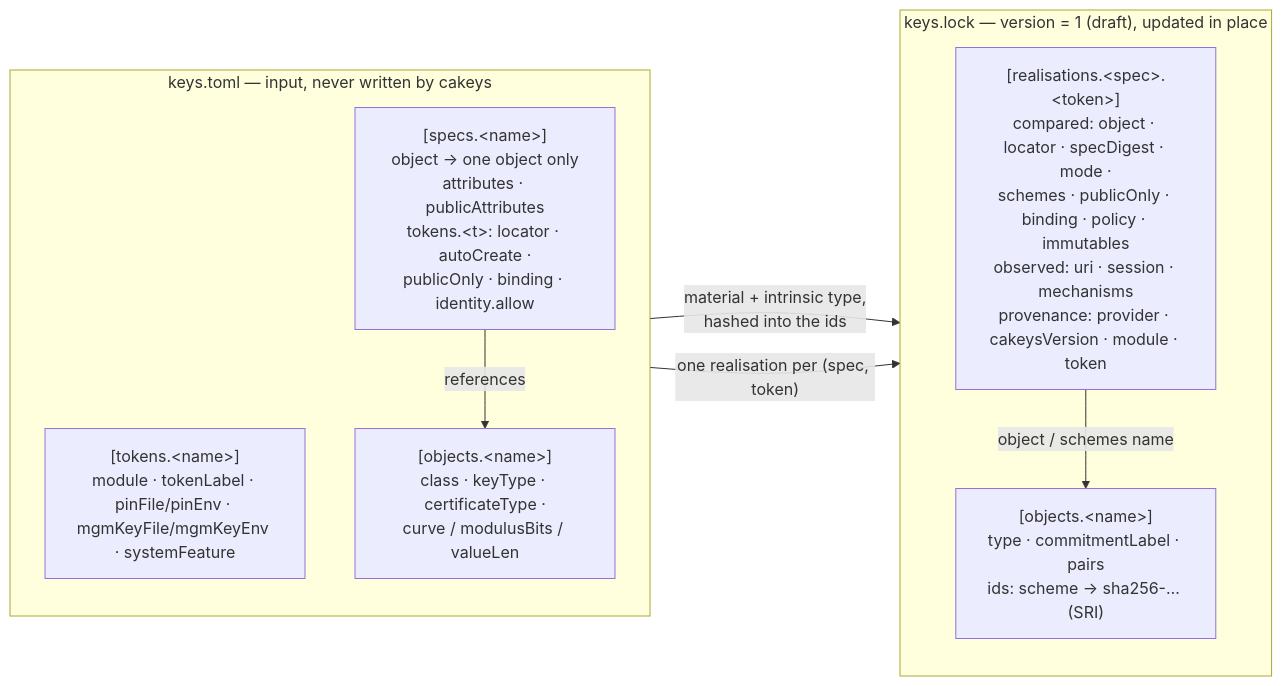
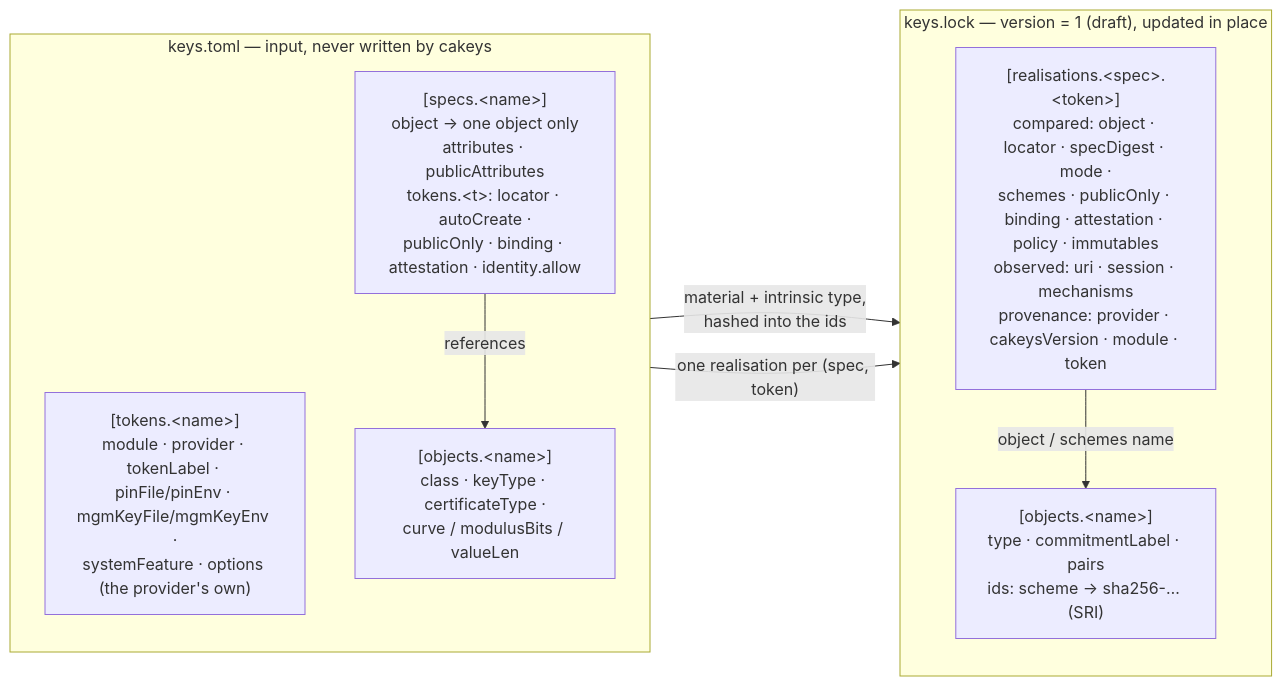
Before and after one commit to Princemachiavelli/cakeys: the first of 5 diagrams in docs/diagrams.md, drawn with Mermaid. The commit also changed other lines of this file and 5 other files, not shown here.

First line of the commit message:
docs: bring README, DESIGN, diagrams and PLAN up to date

````diff
--- a/docs/diagrams.md
+++ b/docs/diagrams.md
@@ -12,20 +12,20 @@
 ```mermaid
 flowchart LR
     subgraph TOML["keys.toml — input, never written by cakeys"]
         direction TB
-        T["[tokens.&lt;name&gt;]<br/>module · tokenLabel · pinFile/pinEnv · mgmKeyFile/mgmKeyEnv · systemFeature"]
+        T["[tokens.&lt;name&gt;]<br/>module · provider · tokenLabel · pinFile/pinEnv · mgmKeyFile/mgmKeyEnv ·<br/>systemFeature · options (the provider's own)"]
         O["[objects.&lt;name&gt;]<br/>class · keyType · certificateType ·<br/>curve / modulusBits / valueLen"]
-        S["[specs.&lt;name&gt;]<br/>object → one object only<br/>attributes · publicAttributes<br/>tokens.&lt;t&gt;: locator · autoCreate ·<br/>publicOnly · binding · identity.allow"]
+        S["[specs.&lt;name&gt;]<br/>object → one object only<br/>attributes · publicAttributes<br/>tokens.&lt;t&gt;: locator · autoCreate ·<br/>publicOnly · binding · attestation · identity.allow"]
         S -- references --> O
     end
 
     subgraph LOCK["keys.lock — version = 1 (draft), updated in place"]
         direction TB
         LO["[objects.&lt;name&gt;]<br/>type · commitmentLabel · pairs<br/>ids: scheme → sha256-… (SRI)"]
-        LR["[realisations.&lt;spec&gt;.&lt;token&gt;]<br/>compared: object · locator · specDigest · mode ·<br/>schemes · publicOnly · binding · policy · immutables<br/>observed: uri · session · mechanisms<br/>provenance: provider · cakeysVersion · module · token"]
+        LR["[realisations.&lt;spec&gt;.&lt;token&gt;]<br/>compared: object · locator · specDigest · mode ·<br/>schemes · publicOnly · binding · attestation · policy · immutables<br/>observed: uri · session · mechanisms<br/>provenance: provider · cakeysVersion · module · token"]
         LR -- "object / schemes name" --> LO
     end
 
     O -- "material + intrinsic type,<br/>hashed into the ids" --> LO
     S -- "one realisation per (spec, token)" --> LR
 ```
````
